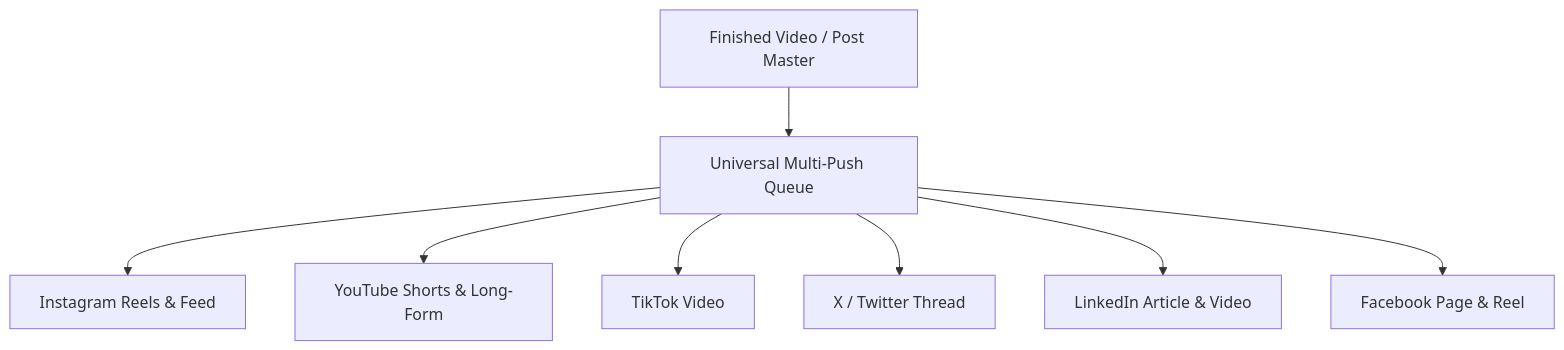
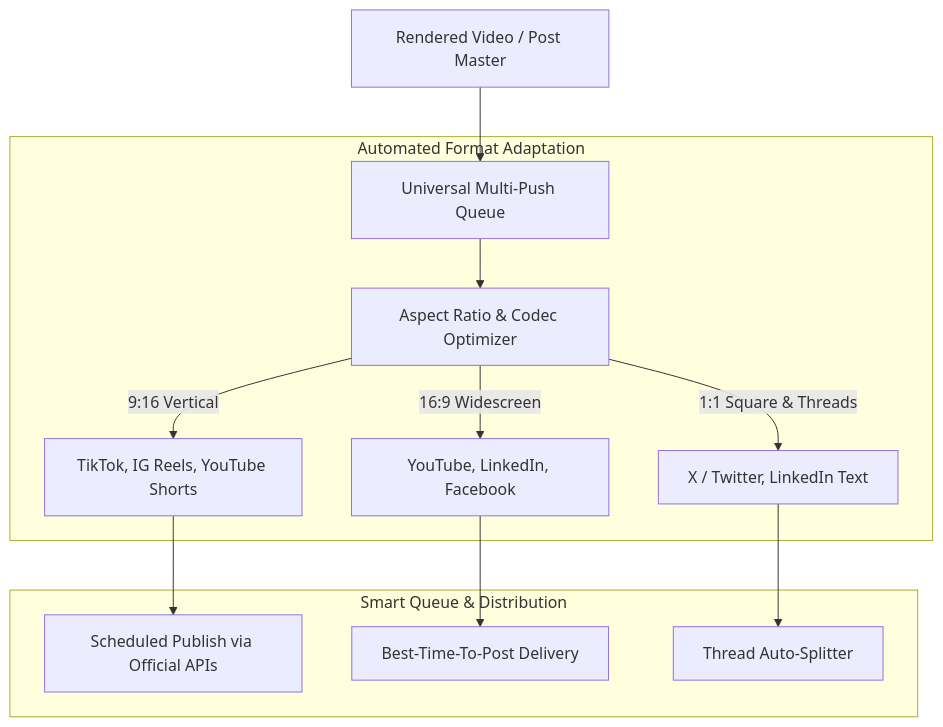
One commit to simplicion/180workspace changed the diagram in apps/docs/docs/products/180-social-studio/03-multi-platform-publishing.md. Above: the diagram before and after it, drawn with Mermaid. The commit also changed other lines of this file and 25 other files, not shown here.

````diff
--- a/apps/docs/docs/products/180-social-studio/03-multi-platform-publishing.md
+++ b/apps/docs/docs/products/180-social-studio/03-multi-platform-publishing.md
@@ -15,11 +15,17 @@
 ```mermaid
 graph TD
-    Master[Finished Video / Post Master] --> Scheduler[Universal Multi-Push Queue]
+    Master[Rendered Video / Post Master] --> Scheduler[Universal Multi-Push Queue]
     
-    Scheduler --> IG[Instagram Reels & Feed]
-    Scheduler --> YT[YouTube Shorts & Long-Form]
-    Scheduler --> TT[TikTok Video]
-    Scheduler --> X[X / Twitter Thread]
-    Scheduler --> LI[LinkedIn Article & Video]
-    Scheduler --> FB[Facebook Page & Reel]
+    subgraph "Automated Format Adaptation"
+        Scheduler --> Transcode[Aspect Ratio & Codec Optimizer]
+        Transcode -->|9:16 Vertical| ShortVideo[TikTok, IG Reels, YouTube Shorts]
+        Transcode -->|16:9 Widescreen| LongVideo[YouTube, LinkedIn, Facebook]
+        Transcode -->|1:1 Square & Threads| MicroPosts[X / Twitter, LinkedIn Text]
+    end
+
+    subgraph "Smart Queue & Distribution"
+        ShortVideo --> Push1[Scheduled Publish via Official APIs]
+        LongVideo --> Push2[Best-Time-To-Post Delivery]
+        MicroPosts --> Push3[Thread Auto-Splitter]
+    end
 ```
````
